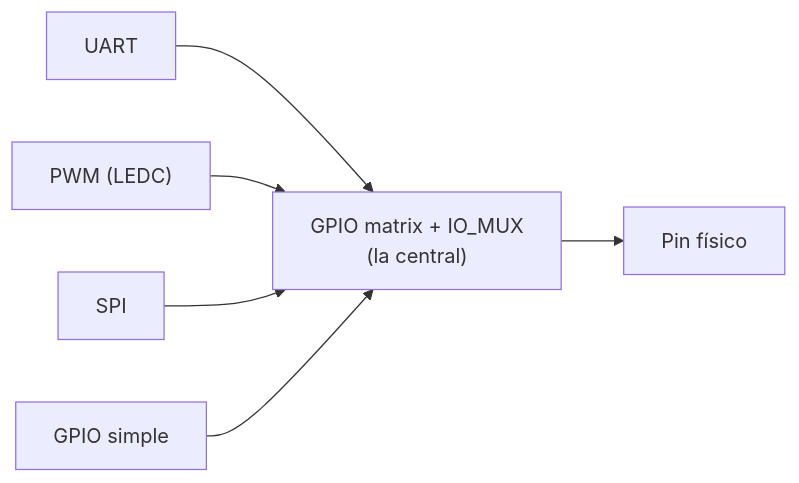
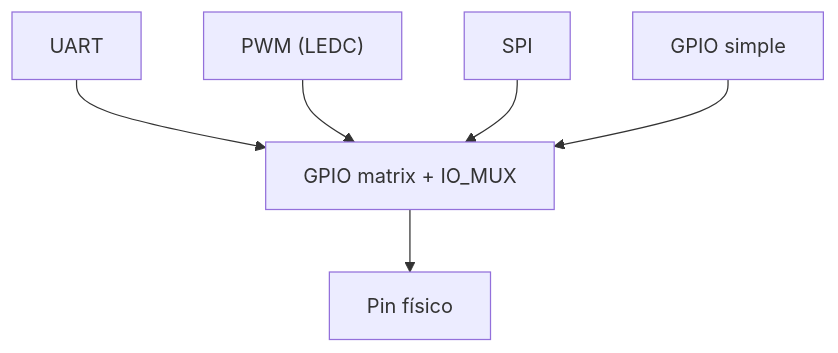
One commit to AlejandroTatum/sistemas-digitales-unl changed the third of 10 diagrams in unidad-1/apuntes/03-del-avr-al-esp32.md. Above: the diagram before and after it, drawn with Mermaid. The commit also changed other lines of this file and 16 other files, not shown here.

````diff
--- a/unidad-1/apuntes/03-del-avr-al-esp32.md
+++ b/unidad-1/apuntes/03-del-avr-al-esp32.md
@@ -45,8 +45,8 @@
 ```mermaid
-flowchart LR
+flowchart TD
     U["UART"] --> GM
     P["PWM (LEDC)"] --> GM
     S["SPI"] --> GM
     G["GPIO simple"] --> GM
-    GM["GPIO matrix + IO_MUX<br/>(la central)"] --> PIN["Pin físico"]
+    GM["GPIO matrix + IO_MUX"] --> PIN["Pin físico"]
 ```
````
